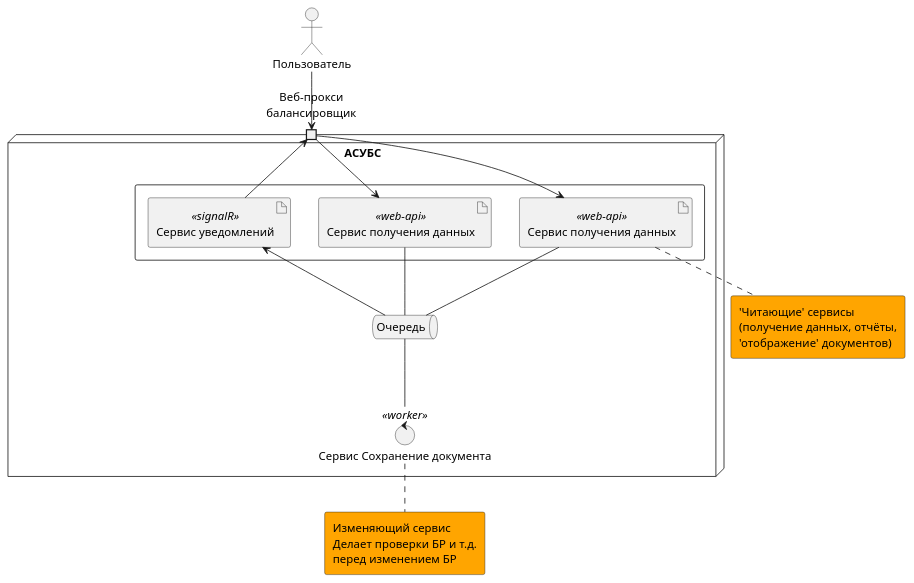
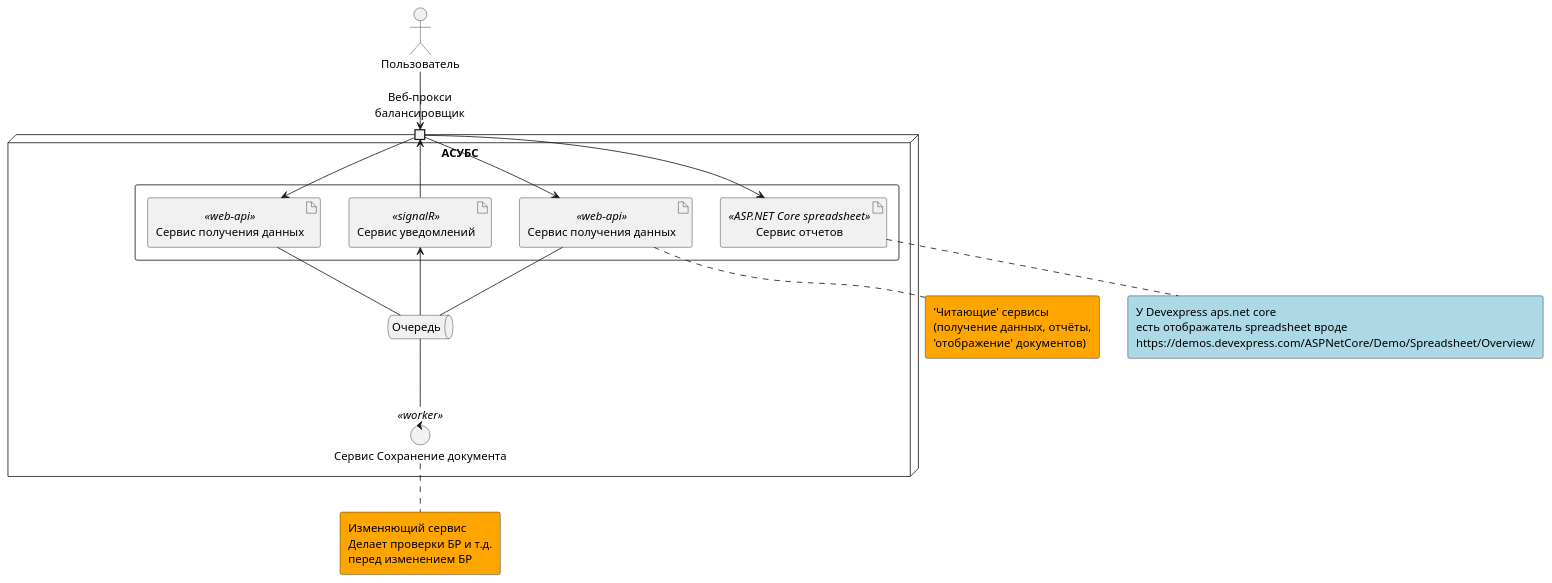
The diagram in RadAn2/an-rad/Struct.puml (zavpav/RadDraft), drawn with PlantUML before and after one commit. The commit also changed 2 other files, not shown here.

Commit message:
Косметика по uml

```diff
--- a/RadAn2/an-rad/Struct.puml
+++ b/RadAn2/an-rad/Struct.puml
@@ -1,35 +1,37 @@
 @startuml
 
 actor "Пользователь" as user
 
 node "АСУБС" {
     portin "Веб-прокси\nбалансировщик" as prx
     rectangle {
     artifact "Сервис уведомлений" << signalR >> as notify
     artifact "Сервис получения данных" << web-api >> as ser1
     artifact "Сервис получения данных" << web-api >> as ser2
+    artifact "Сервис отчетов" << ASP.NET Core spreadsheet >> as report
     }
     queue Очередь as q
     control "Сервис Сохранение документа" << worker >>  as wrk1
 }
 
 rectangle #Orange  "'Читающие' сервисы\n(получение данных, отчёты,\n'отображение' документов)" as wacRead
 rectangle #Orange  "Изменяющий сервис\nДелает проверки БР и т.д.\nперед изменением БР" as wacWrk
+rectangle #LightBlue "У Devexpress aps.net core\nесть отображатель spreadsheet вроде\nhttps://demos.devexpress.com/ASPNetCore/Demo/Spreadsheet/Overview/" as repInfo
 
 user --> prx
 
 ser1 .. wacRead
 wrk1 .. wacWrk
 
 prx -> ser1
 prx -> ser2
-
 ser1 -- q
 ser2 -- q
-
+prx -> report
+report .. repInfo
 q --> notify
 notify -> prx
 
 q -- wrk1
 
 @enduml
```
